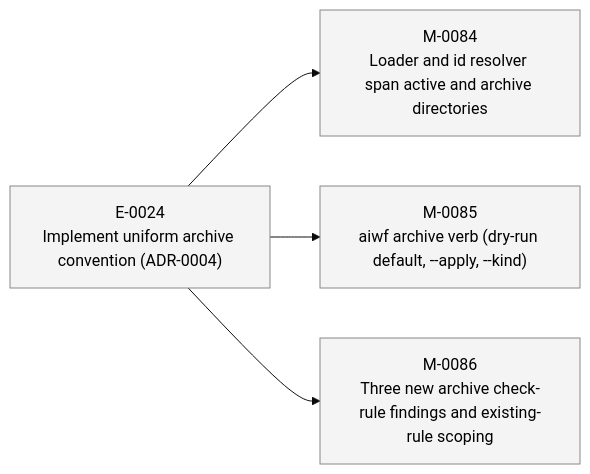
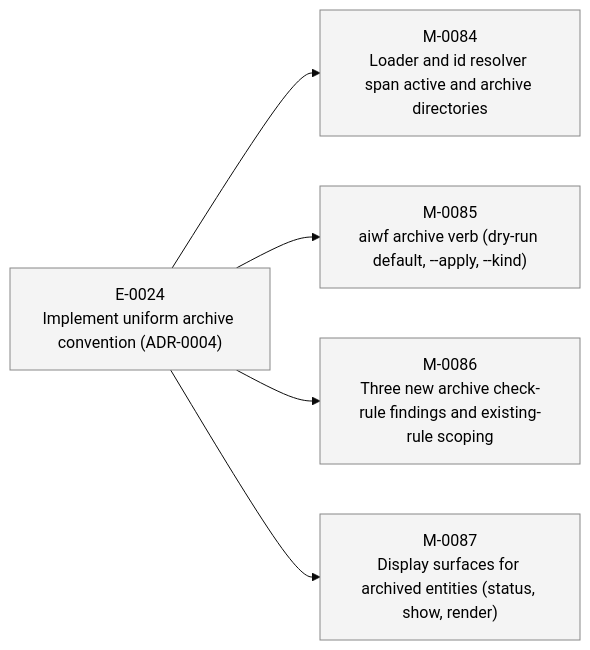
Before and after one commit to 23min/aiwf: the second of 2 diagrams in STATUS.md, drawn with Mermaid (base theme). The commit also changed other lines of this file and 1 other file, not shown here.

First line of the commit message:
aiwf add milestone M-0087 "Display surfaces for archived entities (status, show, render)"

````diff
--- a/STATUS.md
+++ b/STATUS.md
@@ -47,16 +48,18 @@
 ```mermaid
 flowchart LR
   E_0024["E-0024<br/>Implement uniform archive convention (ADR-0004)"]:::epic_proposed
   M_0084["M-0084<br/>Loader and id resolver span active and archive directories"]:::ms_draft
   E_0024 --> M_0084
   M_0085["M-0085<br/>aiwf archive verb (dry-run default, --apply, --kind)"]:::ms_draft
   E_0024 --> M_0085
   M_0086["M-0086<br/>Three new archive check-rule findings and existing-rule scoping"]:::ms_draft
   E_0024 --> M_0086
+  M_0087["M-0087<br/>Display surfaces for archived entities (status, show, render)"]:::ms_draft
+  E_0024 --> M_0087
   classDef epic_active fill:#d6eaff,stroke:#1a73e8,color:#000
   classDef epic_proposed fill:#f4f4f4,stroke:#888,color:#000
   classDef ms_done fill:#d8f5d8,stroke:#2a8a2a,color:#000
   classDef ms_in_progress fill:#fff3c4,stroke:#caa400,color:#000
   classDef ms_draft fill:#f4f4f4,stroke:#888,color:#000
   classDef ms_cancelled fill:#fbeaea,stroke:#c33,color:#000
 ```
````
